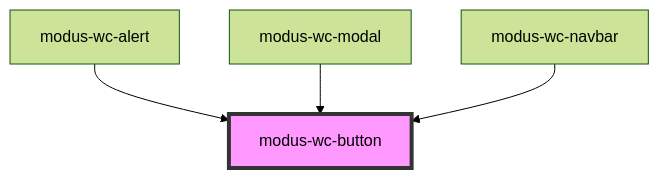
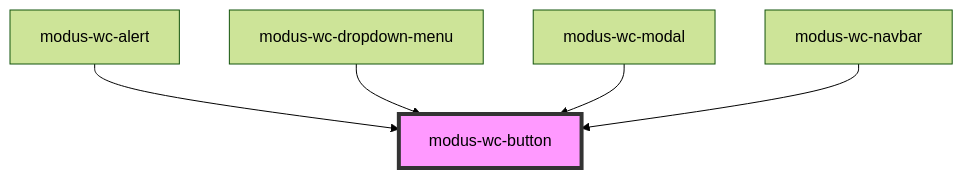
Before and after one commit to trimble-oss/modus-wc-2.0: the diagram in src/components/modus-wc-button/readme.md, drawn with Mermaid (forest theme). The commit also changed other lines of this file and 10 other files, not shown here.

Commit message:
feat: add dropdown menu component

````diff
--- a/src/components/modus-wc-button/readme.md
+++ b/src/components/modus-wc-button/readme.md
@@ -43,7 +44,8 @@
 ```mermaid
 graph TD;
   modus-wc-alert --> modus-wc-button
+  modus-wc-dropdown-menu --> modus-wc-button
   modus-wc-modal --> modus-wc-button
   modus-wc-navbar --> modus-wc-button
   style modus-wc-button fill:#f9f,stroke:#333,stroke-width:4px
 ```
````
